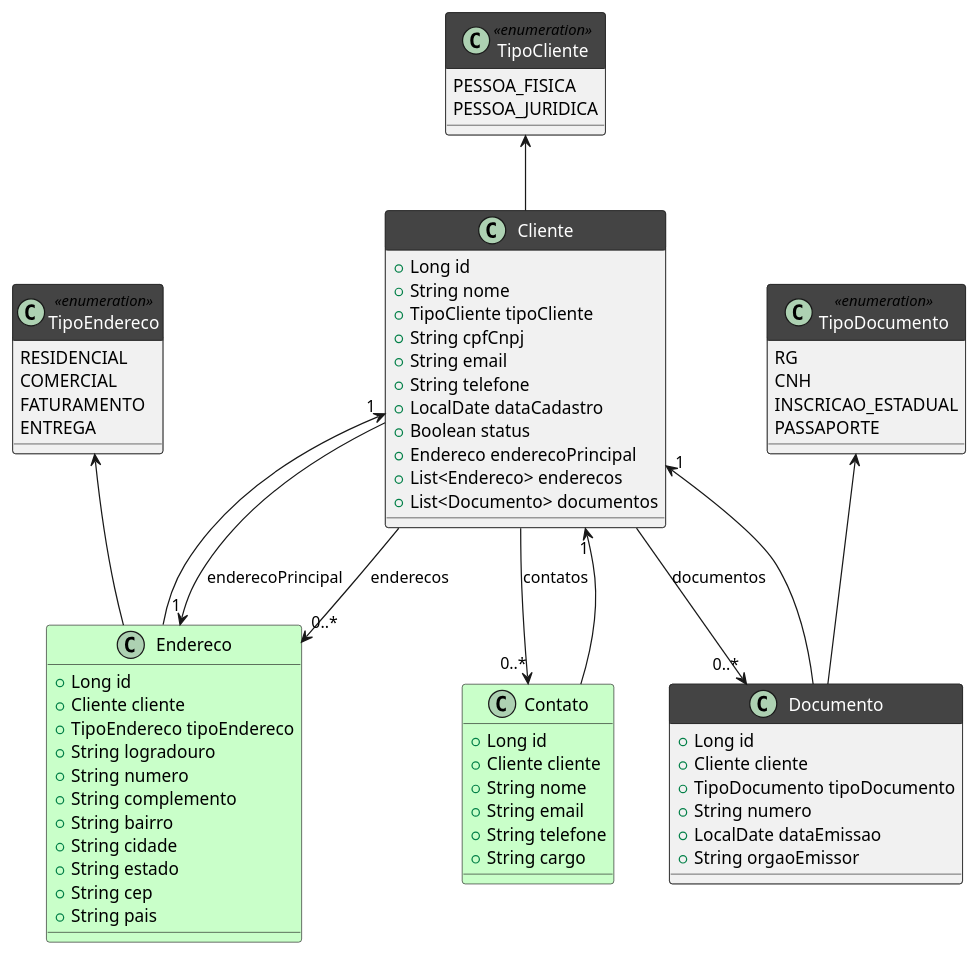
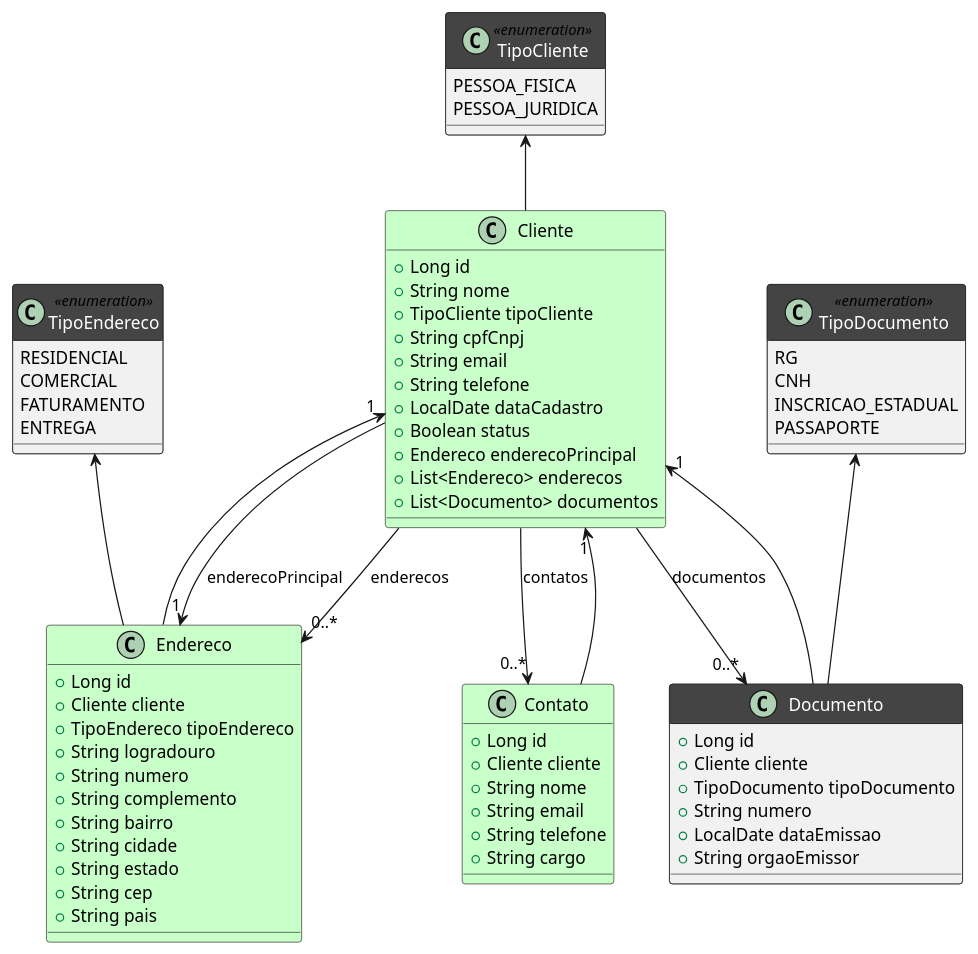
The first of 11 diagrams in src/posts/14_trabalho.md (20241-ifba-saj-ads-pweb/blog-material-aula), drawn with PlantUML before and after one commit. The commit also changed other lines of this file, not shown here.

```diff
--- a/src/posts/14_trabalho.md
+++ b/src/posts/14_trabalho.md
@@ -58,7 +58,7 @@
 
 skinparam classFontColor automatic
 skinparam classHeaderBackgroundColor #444
-class Cliente {
+class Cliente #Technology{
     +Long id
     +String nome
     +TipoCliente tipoCliente
```
